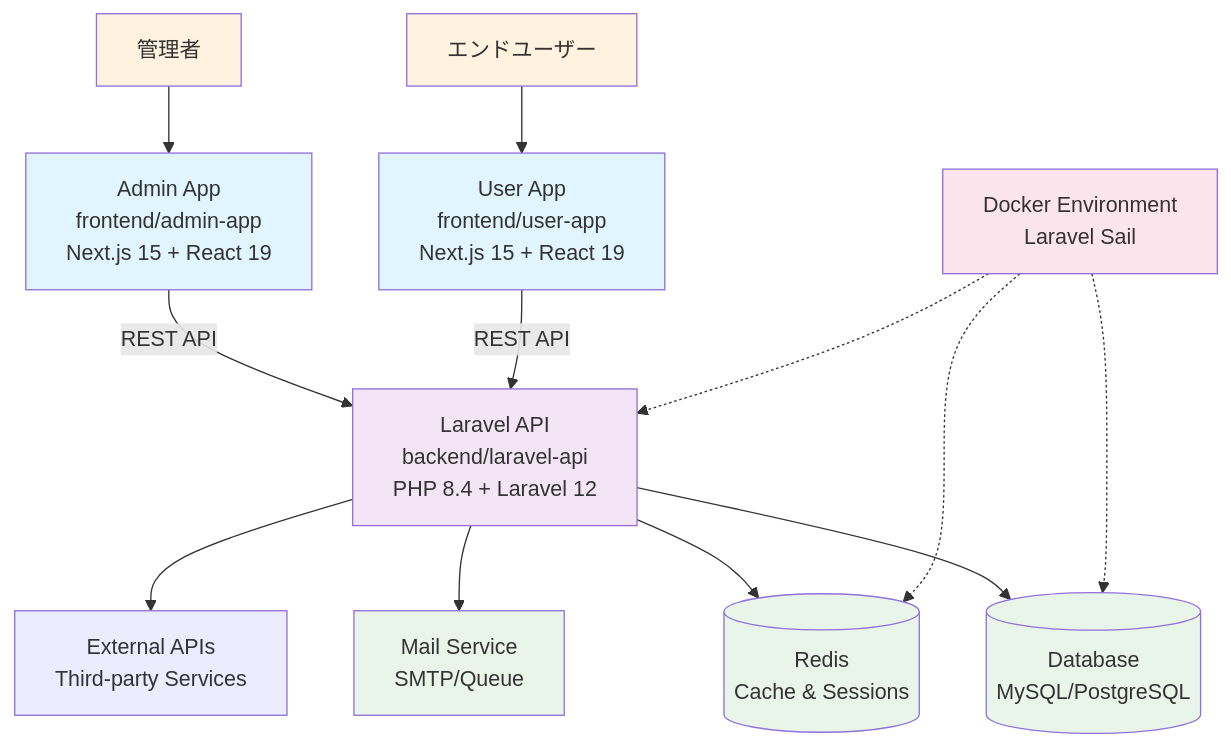
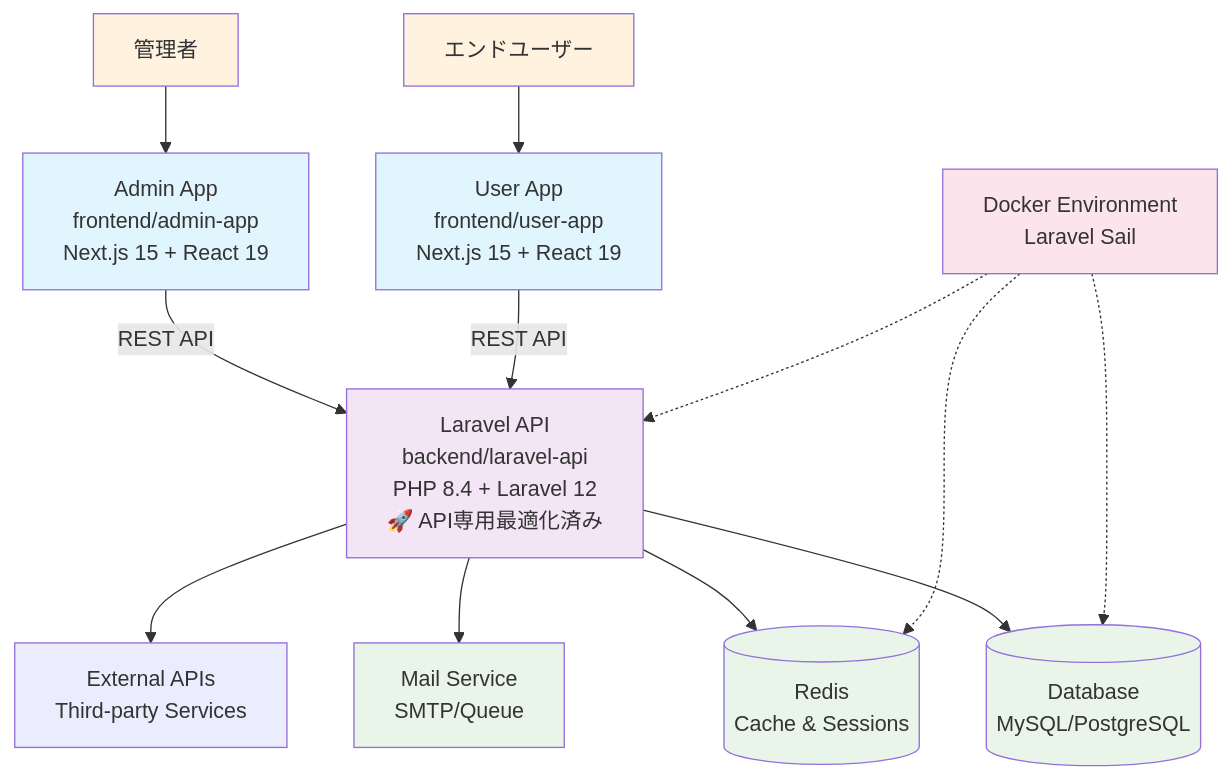
The first of 2 diagrams in README.md (ef-tech/laravel-next-b2c), drawn with Mermaid before and after one commit. The commit also changed other lines of this file, not shown here.

First line of the commit message:
Update: 📖 README.md更新 - Laravel API最適化成果を反映

````diff
--- a/README.md
+++ b/README.md
@@ -68,52 +109,52 @@
 ```mermaid
 graph TB
     %% Frontend Applications
     AdminApp[Admin App<br/>frontend/admin-app<br/>Next.js 15 + React 19]
     UserApp[User App<br/>frontend/user-app<br/>Next.js 15 + React 19]
 
-    %% Backend API
-    LaravelAPI[Laravel API<br/>backend/laravel-api<br/>PHP 8.4 + Laravel 12]
+    %% Backend API (Optimized)
+    LaravelAPI[Laravel API<br/>backend/laravel-api<br/>PHP 8.4 + Laravel 12<br/>🚀 API専用最適化済み]
 
     %% Database & Services
     DB[(Database<br/>MySQL/PostgreSQL)]
     Redis[(Redis<br/>Cache & Sessions)]
     Mail[Mail Service<br/>SMTP/Queue]
 
     %% External Services
     External[External APIs<br/>Third-party Services]
 
     %% User Interactions
     AdminUser[管理者]
     EndUser[エンドユーザー]
 
     %% Connections
     AdminUser --> AdminApp
     EndUser --> UserApp
 
     AdminApp -->|REST API| LaravelAPI
     UserApp -->|REST API| LaravelAPI
 
     LaravelAPI --> DB
     LaravelAPI --> Redis
     LaravelAPI --> Mail
     LaravelAPI --> External
 
     %% Development Environment
     Docker[Docker Environment<br/>Laravel Sail]
     Docker -.-> LaravelAPI
     Docker -.-> DB
     Docker -.-> Redis
 
     %% Styling
     classDef frontend fill:#e1f5fe
     classDef backend fill:#f3e5f5
     classDef database fill:#e8f5e8
     classDef user fill:#fff3e0
     classDef dev fill:#fce4ec
 
     class AdminApp,UserApp frontend
     class LaravelAPI backend
     class DB,Redis,Mail database
     class AdminUser,EndUser user
     class Docker dev
 ```
````
